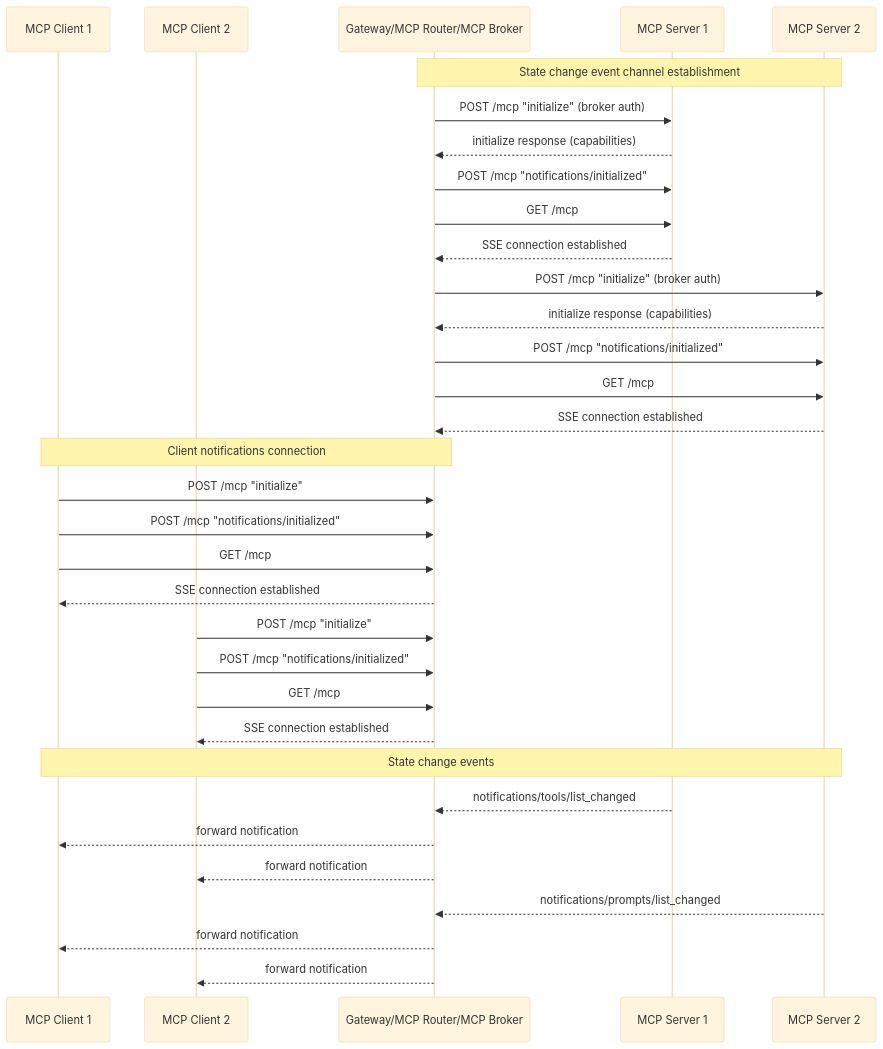
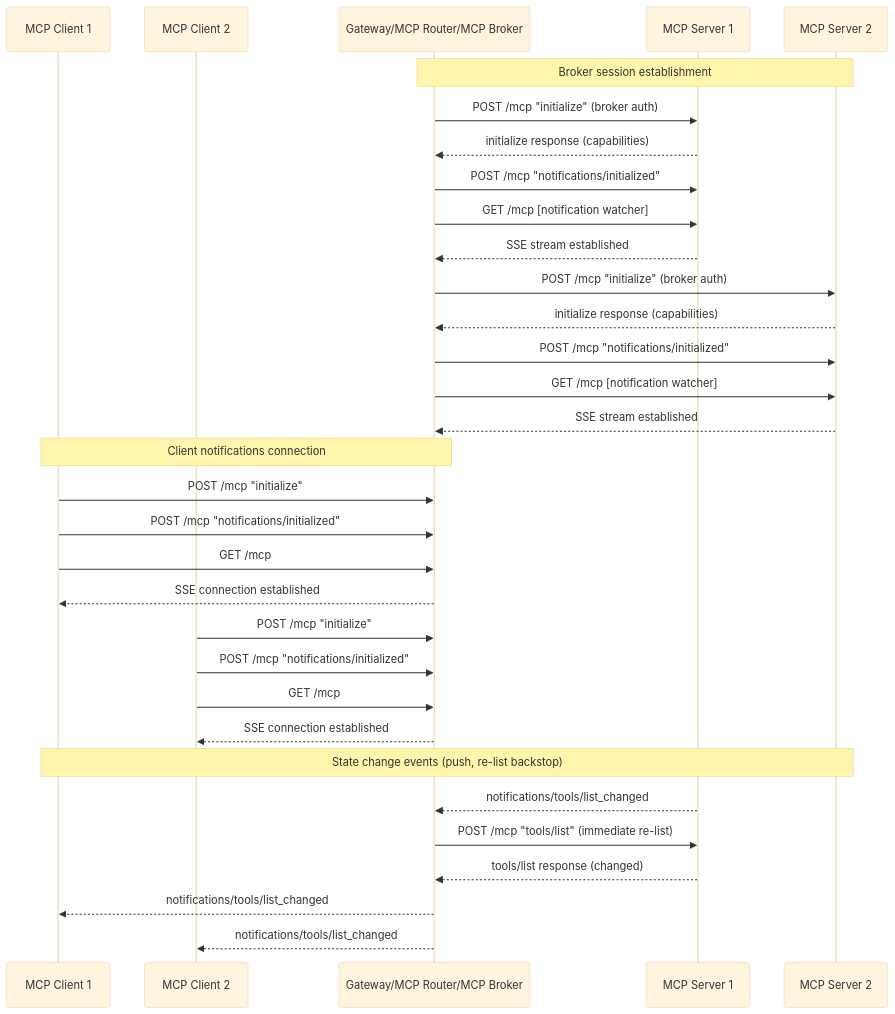
The first of 3 diagrams in docs/design/notifications.md (Kuadrant/mcp-gateway), drawn with Mermaid (base theme) before and after one commit. The commit also changed other lines of this file and 21 other files, not shown here.

First line of the commit message:
fix: replace fatal sdk standalone SSE with broker-owned notification watcher

````diff
--- a/docs/design/notifications.md
+++ b/docs/design/notifications.md
@@ -75,36 +75,35 @@
 ```mermaid
 sequenceDiagram
   participant Client1 as MCP Client 1
   participant Client2 as MCP Client 2
   participant Gateway as Gateway/MCP Router/MCP Broker
   participant Server1 as MCP Server 1
   participant Server2 as MCP Server 2
 
-  Note over Gateway, Server2: State change event channel establishment
+  Note over Gateway, Server2: Broker session establishment
   Gateway ->> Server1: POST /mcp "initialize" (broker auth)
   Server1 -->> Gateway: initialize response (capabilities)
   Gateway ->> Server1: POST /mcp "notifications/initialized"
-  Gateway ->> Server1: GET /mcp
-  Server1 -->> Gateway: SSE connection established
+  Gateway ->> Server1: GET /mcp [notification watcher]
+  Server1 -->> Gateway: SSE stream established
   Gateway ->> Server2: POST /mcp "initialize" (broker auth)
   Server2 -->> Gateway: initialize response (capabilities)
   Gateway ->> Server2: POST /mcp "notifications/initialized"
-  Gateway ->> Server2: GET /mcp
-  Server2 -->> Gateway: SSE connection established
+  Gateway ->> Server2: GET /mcp [notification watcher]
+  Server2 -->> Gateway: SSE stream established
   Note over Client1, Gateway: Client notifications connection
   Client1 ->> Gateway: POST /mcp "initialize"
   Client1 ->> Gateway: POST /mcp "notifications/initialized"
   Client1 ->> Gateway: GET /mcp
   Gateway -->> Client1: SSE connection established
   Client2 ->> Gateway: POST /mcp "initialize"
   Client2 ->> Gateway: POST /mcp "notifications/initialized"
   Client2 ->> Gateway: GET /mcp
   Gateway -->> Client2: SSE connection established
-  Note over Server2, Client1: State change events
+  Note over Server2, Client1: State change events (push, re-list backstop)
   Server1 -->> Gateway: notifications/tools/list_changed
-  Gateway -->> Client1: forward notification
-  Gateway -->> Client2: forward notification
-  Server2 -->> Gateway: notifications/prompts/list_changed
-  Gateway -->> Client1: forward notification
-  Gateway -->> Client2: forward notification
+  Gateway ->> Server1: POST /mcp "tools/list" (immediate re-list)
+  Server1 -->> Gateway: tools/list response (changed)
+  Gateway -->> Client1: notifications/tools/list_changed
+  Gateway -->> Client2: notifications/tools/list_changed
 ```
````
